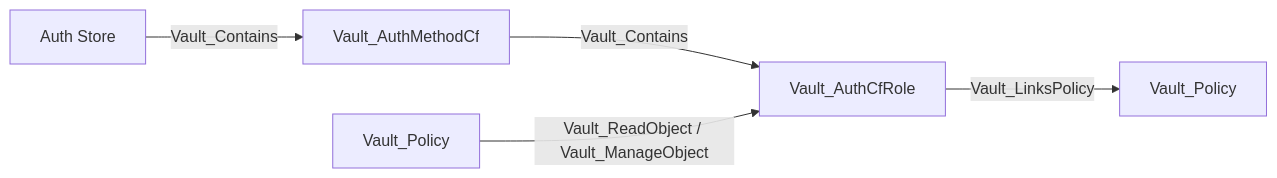
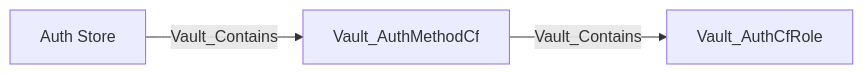
Before and after one commit to bytewreck/opengraph-vault: the tenth of 39 diagrams in Documentation/stores/AUTH.md, drawn with Mermaid. The commit also changed other lines of this file and 3 other files, not shown here.

````diff
--- a/Documentation/stores/AUTH.md
+++ b/Documentation/stores/AUTH.md
@@ -199,7 +185,5 @@
 ```mermaid
 flowchart LR
     store[Auth Store] -->|Vault_Contains| method[Vault_AuthMethodCf]
     method -->|Vault_Contains| role[Vault_AuthCfRole]
-    admin[Vault_Policy] -->|Vault_ReadObject / Vault_ManageObject| role
-    role -->|Vault_LinksPolicy| granted[Vault_Policy]
 ```
````
